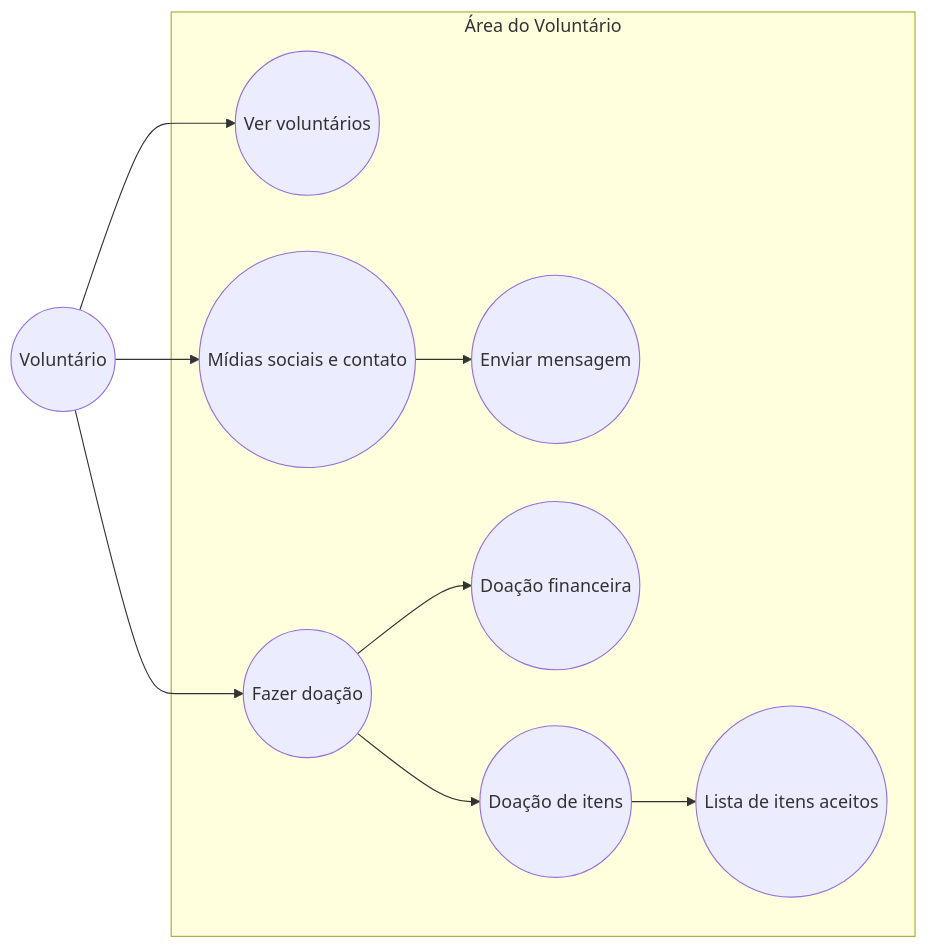
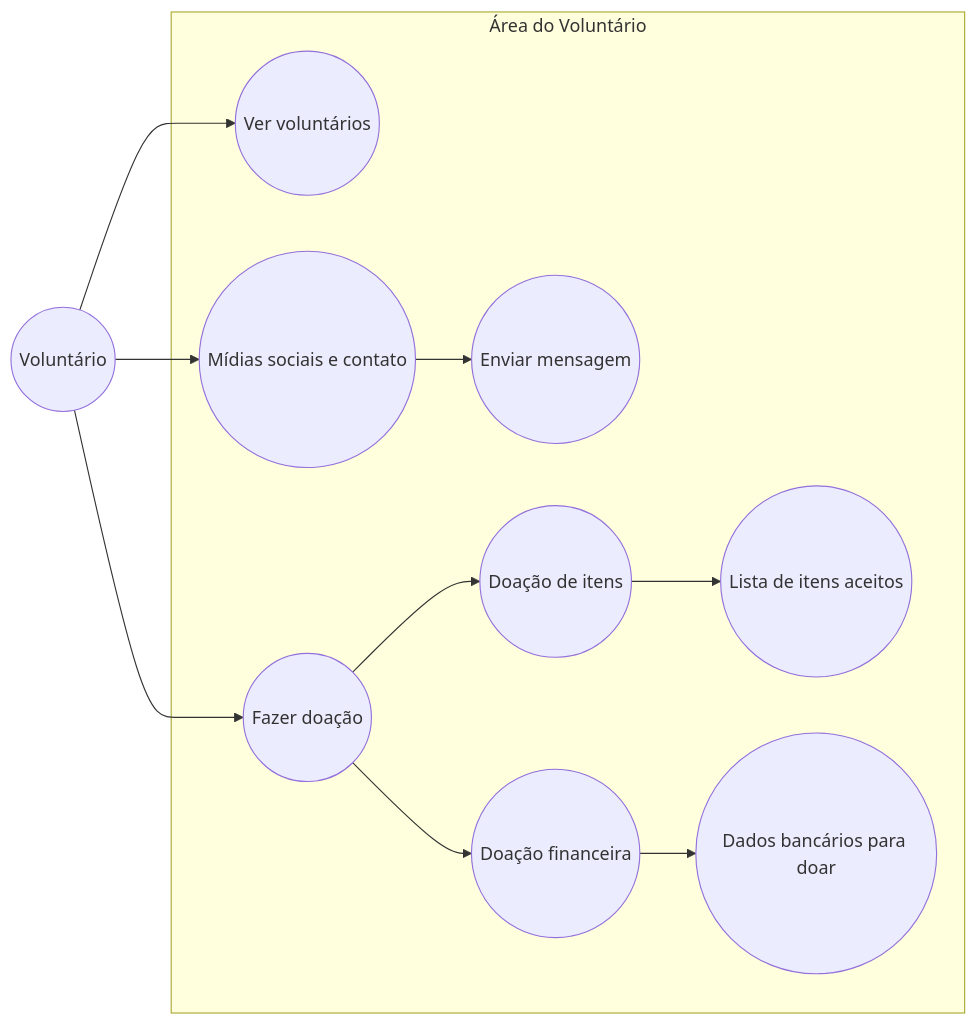
Before and after one commit to ligiaoliveira/Casa-dos-Gatos: the second of 3 diagrams in README.md, drawn with Mermaid. The commit also changed other lines of this file, not shown here.

````diff
--- a/README.md
+++ b/README.md
@@ -138,25 +140,27 @@
 ```mermaid
 flowchart LR
     Voluntário((Voluntário))
 
     subgraph Área do Voluntário
         UC1((Ver voluntários))
         UC2((Mídias sociais e contato))
         UC3((Fazer doação))
 
         UC4((Enviar mensagem))
         UC5((Doação financeira))
         UC6((Doação de itens))
         UC7((Lista de itens aceitos))
+        UC8((Dados bancários para doar))
     end
 
     Voluntário --> UC1
     Voluntário --> UC2
     Voluntário --> UC3
 
     UC2 --> UC4
     UC3 --> UC5
     UC3 --> UC6
+    UC5 --> UC8
     UC6 --> UC7
     
 ```
````
